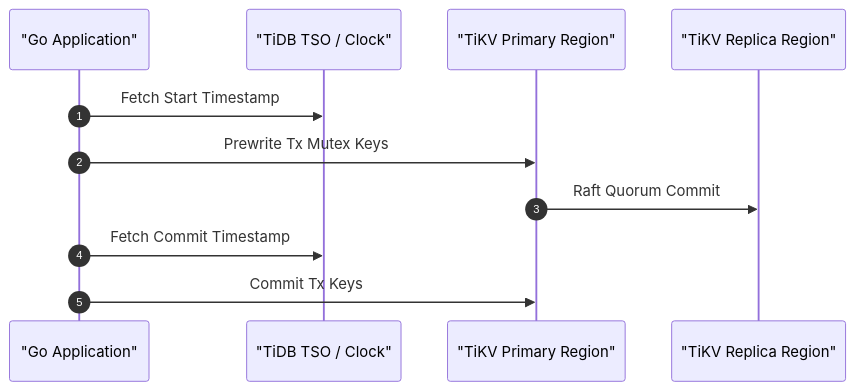
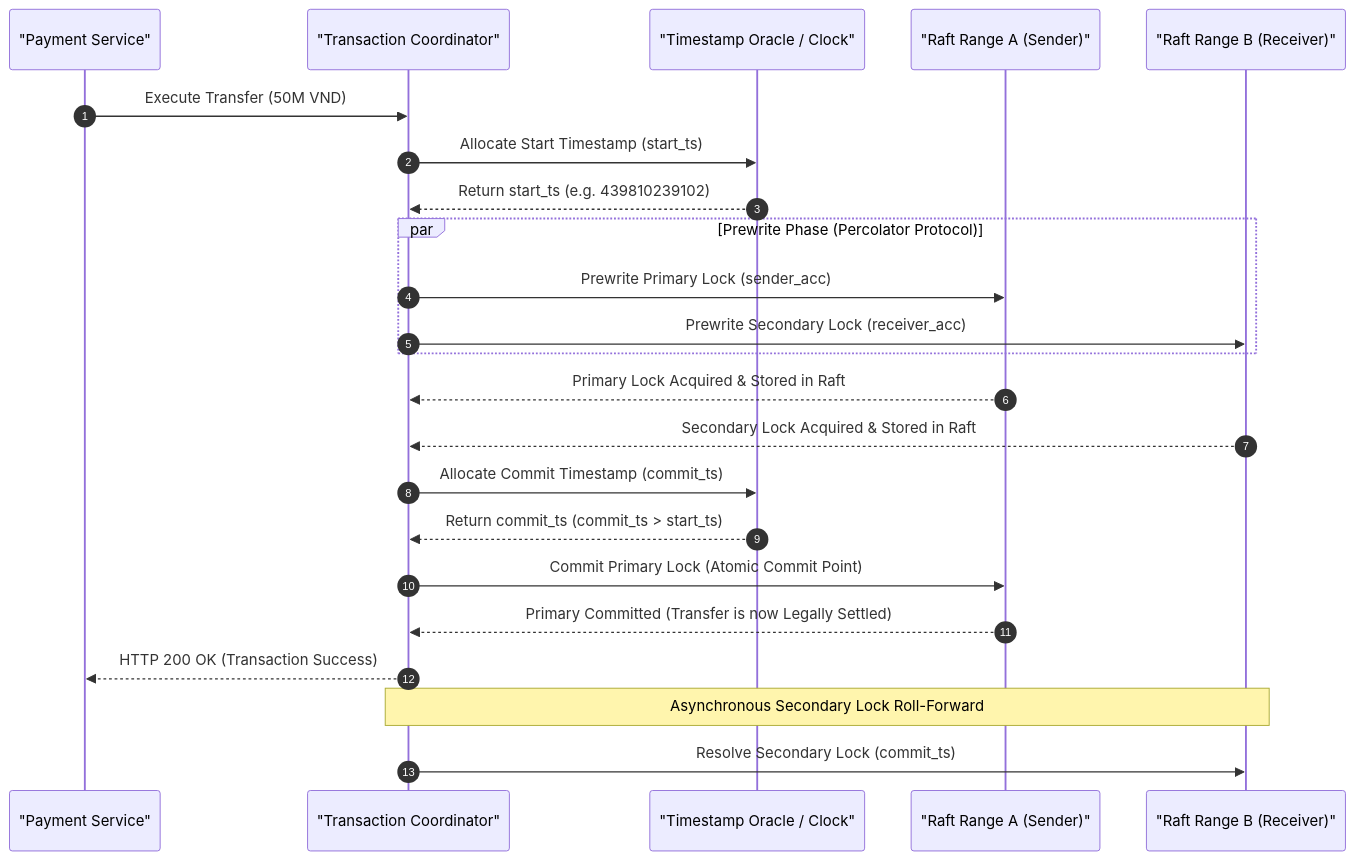
The second of 2 diagrams in content/series/core-banking-architecture/part-2-distributed-sql-acid-latency.md (vesviet/vesviet), drawn with Mermaid before and after one commit. The commit also changed other lines of this file and 11 other files, not shown here.

Commit message:
feat(series): upgrade core-banking-architecture series to 2027 SOTA distributed standard

````diff
--- a/content/series/core-banking-architecture/part-2-distributed-sql-acid-latency.md
+++ b/content/series/core-banking-architecture/part-2-distributed-sql-acid-latency.md
@@ -36,13 +78,31 @@
 ```mermaid
 sequenceDiagram
     autonumber
-    participant App as "Go Application"
-    participant TSO as "TiDB TSO / Clock"
-    participant KV as "TiKV Primary Region"
-    participant Rep as "TiKV Replica Region"
-    App->>TSO: Fetch Start Timestamp
-    App->>KV: Prewrite Tx Mutex Keys
-    KV->>Rep: Raft Quorum Commit
-    App->>TSO: Fetch Commit Timestamp
-    App->>KV: Commit Tx Keys
+    participant App as "Payment Service"
+    participant Coord as "Transaction Coordinator"
+    participant TSO as "Timestamp Oracle / Clock"
+    participant RangeA as "Raft Range A (Sender)"
+    participant RangeB as "Raft Range B (Receiver)"
+
+    App->>Coord: Execute Transfer (50M VND)
+    Coord->>TSO: Allocate Start Timestamp (start_ts)
+    TSO-->>Coord: Return start_ts (e.g. 439810239102)
+
+    par Prewrite Phase (Percolator Protocol)
+        Coord->>RangeA: Prewrite Primary Lock (sender_acc)
+        Coord->>RangeB: Prewrite Secondary Lock (receiver_acc)
+    end
+    RangeA-->>Coord: Primary Lock Acquired & Stored in Raft
+    RangeB-->>Coord: Secondary Lock Acquired & Stored in Raft
+
+    Coord->>TSO: Allocate Commit Timestamp (commit_ts)
+    TSO-->>Coord: Return commit_ts (commit_ts > start_ts)
+
+    Coord->>RangeA: Commit Primary Lock (Atomic Commit Point)
+    RangeA-->>Coord: Primary Committed (Transfer is now Legally Settled)
+    
+    Coord-->>App: HTTP 200 OK (Transaction Success)
+    
+    Note over Coord,RangeB: Asynchronous Secondary Lock Roll-Forward
+    Coord->>RangeB: Resolve Secondary Lock (commit_ts)
 ```
````
